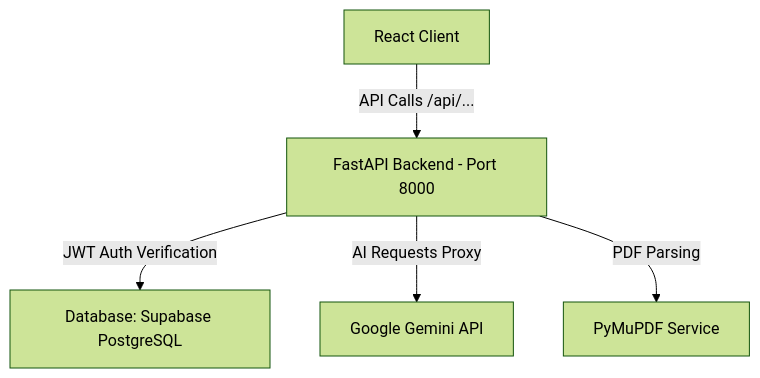
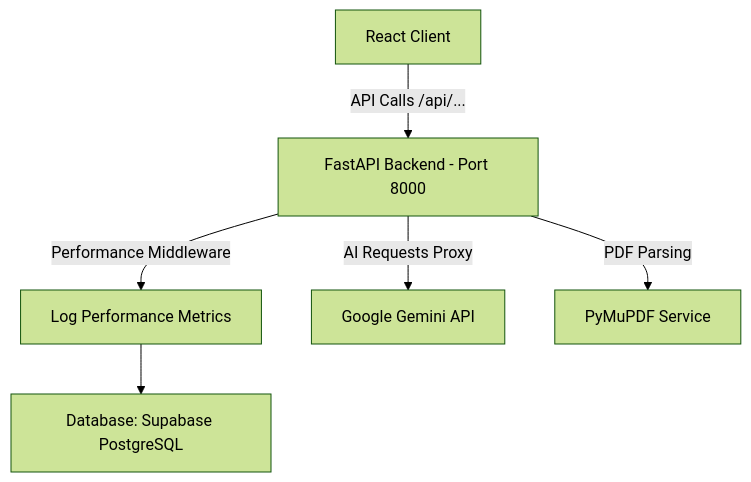
One commit to Tummepallisivanagalakshman/Ai-powered-portal changed the diagram in README.md. Above: the diagram before and after it, drawn with Mermaid (forest theme). The commit also changed other lines of this file and 26 other files, not shown here.

Commit message:
feat: complete remaining enterprise features, UI charts, and accessibility upgrades

````diff
--- a/README.md
+++ b/README.md
@@ -38,7 +45,8 @@
 ```mermaid
 graph TD
     A[React Client] -->|API Calls /api/...| B[FastAPI Backend - Port 8000]
-    B -->|JWT Auth Verification| C[Database: Supabase PostgreSQL]
+    B -->|Performance Middleware| B1[Log Performance Metrics]
+    B1 --> C[Database: Supabase PostgreSQL]
     B -->|AI Requests Proxy| D[Google Gemini API]
     B -->|PDF Parsing| E[PyMuPDF Service]
 ```
````
